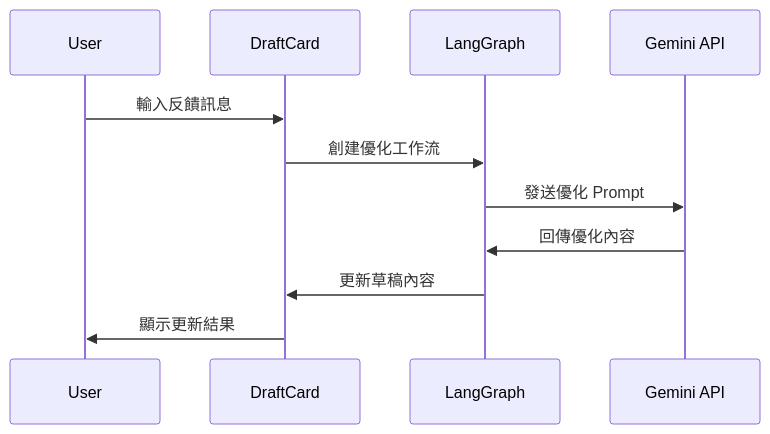
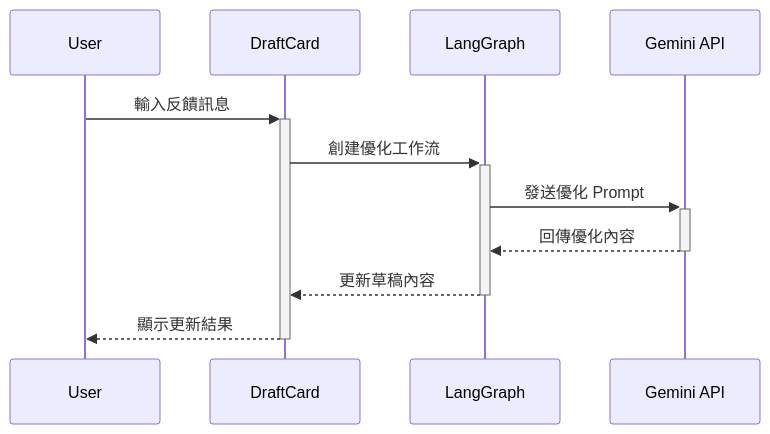
Before and after one commit to whats2000/social-media-post-assistant: the fourth of 5 diagrams in docs/SystemDesign.md, drawn with Mermaid. The commit also changed other lines of this file, not shown here.

````diff
--- a/docs/SystemDesign.md
+++ b/docs/SystemDesign.md
@@ -236,14 +272,14 @@
 ```mermaid
 sequenceDiagram
   participant U as User
   participant Card as DraftCard
   participant LG as LangGraph
   participant API as Gemini API
 
-  U->>Card: 輸入反饋訊息
-  Card->>LG: 創建優化工作流
-  LG->>API: 發送優化 Prompt
-  API->>LG: 回傳優化內容
-  LG->>Card: 更新草稿內容
-  Card->>U: 顯示更新結果
+  U->>+Card: 輸入反饋訊息
+  Card->>+LG: 創建優化工作流
+  LG->>+API: 發送優化 Prompt
+  API-->>-LG: 回傳優化內容
+  LG-->>-Card: 更新草稿內容
+  Card-->>-U: 顯示更新結果
 ```
````
